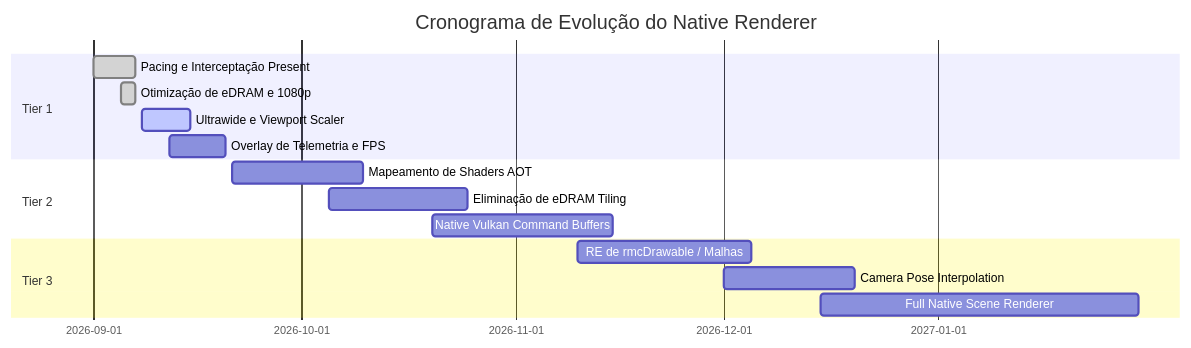
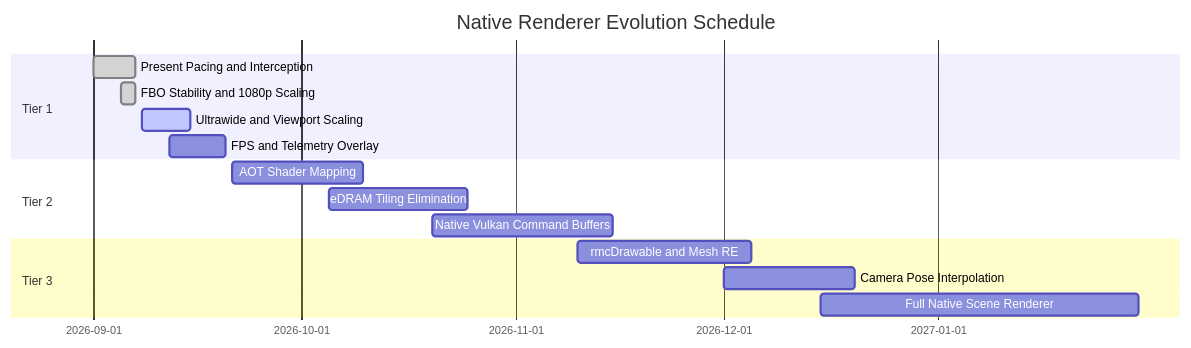
Before and after one commit to Heus-Sueh/midnight-club-la-recomp: the second of 2 diagrams in docs/NATIVE_RENDERER_ROADMAP.md, drawn with Mermaid. The commit also changed other lines of this file and 1 other file, not shown here.

````diff
--- a/docs/NATIVE_RENDERER_ROADMAP.md
+++ b/docs/NATIVE_RENDERER_ROADMAP.md
@@ -158,18 +185,18 @@
 ```mermaid
 gantt
-    title Cronograma de Evolução do Native Renderer
+    title Native Renderer Evolution Schedule
     dateFormat  YYYY-MM-DD
     section Tier 1
-    Pacing e Interceptação Present :done, t1_1, 2026-09-01, 2026-09-07
-    Otimização de eDRAM e 1080p     :done, t1_2, 2026-09-05, 2026-09-07
-    Ultrawide e Viewport Scaler   :active, t1_3, 2026-09-08, 2026-09-15
-    Overlay de Telemetria e FPS   :t1_4, 2026-09-12, 2026-09-20
+    Present Pacing and Interception :done, t1_1, 2026-09-01, 2026-09-07
+    FBO Stability and 1080p Scaling :done, t1_2, 2026-09-05, 2026-09-07
+    Ultrawide and Viewport Scaling  :active, t1_3, 2026-09-08, 2026-09-15
+    FPS and Telemetry Overlay       :t1_4, 2026-09-12, 2026-09-20
     section Tier 2
-    Mapeamento de Shaders AOT     :t2_1, 2026-09-21, 2026-10-10
-    Eliminação de eDRAM Tiling    :t2_2, 2026-10-05, 2026-10-25
-    Native Vulkan Command Buffers :t2_3, 2026-10-20, 2026-11-15
+    AOT Shader Mapping              :t2_1, 2026-09-21, 2026-10-10
+    eDRAM Tiling Elimination        :t2_2, 2026-10-05, 2026-10-25
+    Native Vulkan Command Buffers   :t2_3, 2026-10-20, 2026-11-15
     section Tier 3
-    RE de rmcDrawable / Malhas    :t3_1, 2026-11-10, 2026-12-05
-    Camera Pose Interpolation     :t3_2, 2026-12-01, 2026-12-20
-    Full Native Scene Renderer    :t3_3, 2026-12-15, 2027-01-30
+    rmcDrawable and Mesh RE         :t3_1, 2026-11-10, 2026-12-05
+    Camera Pose Interpolation       :t3_2, 2026-12-01, 2026-12-20
+    Full Native Scene Renderer      :t3_3, 2026-12-15, 2027-01-30
 ```
````
